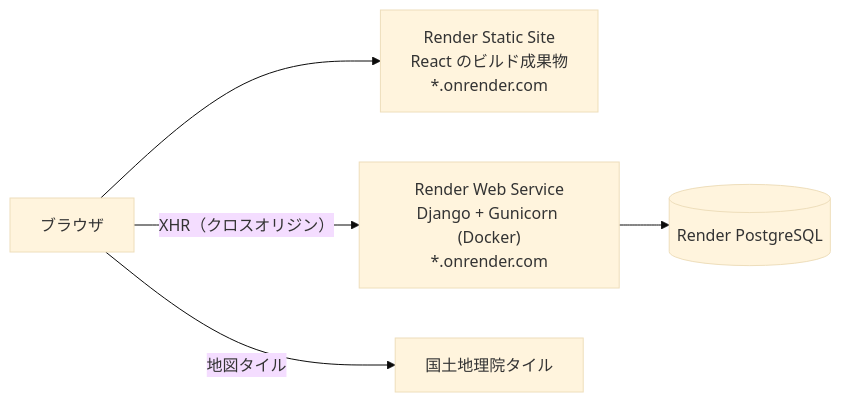
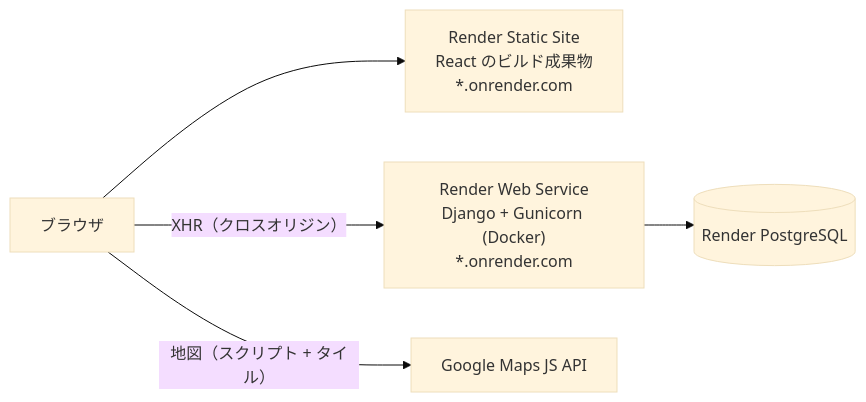
Before and after one commit to jovid18/django_prac: the second of 2 diagrams in docs/02-architecture.md, drawn with Mermaid (base theme). The commit also changed other lines of this file and 38 other files, not shown here.

First line of the commit message:
feat(map): Google Maps で地図画面を実装（MapLibre から変更） (#4)

````diff
--- a/docs/02-architecture.md
+++ b/docs/02-architecture.md
@@ -31,13 +31,13 @@
 ```mermaid
 flowchart LR
   B["ブラウザ"]
   S["Render Static Site<br/>React のビルド成果物<br/>*.onrender.com"]
   A["Render Web Service<br/>Django + Gunicorn (Docker)<br/>*.onrender.com"]
   D[("Render PostgreSQL")]
-  T["国土地理院タイル"]
+  G["Google Maps JS API"]
 
   B --> S
   B -->|"XHR（クロスオリジン）"| A
   A --> D
-  B -->|"地図タイル"| T
+  B -->|"地図（スクリプト + タイル）"| G
 ```
````
